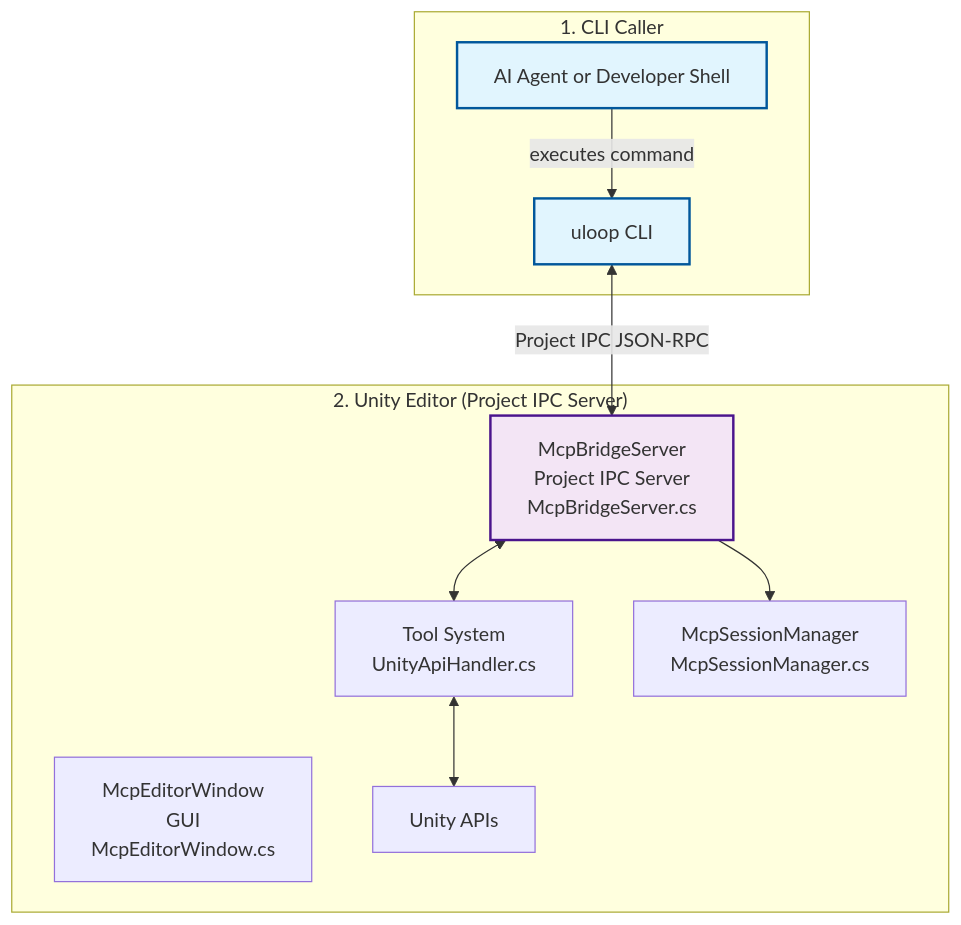
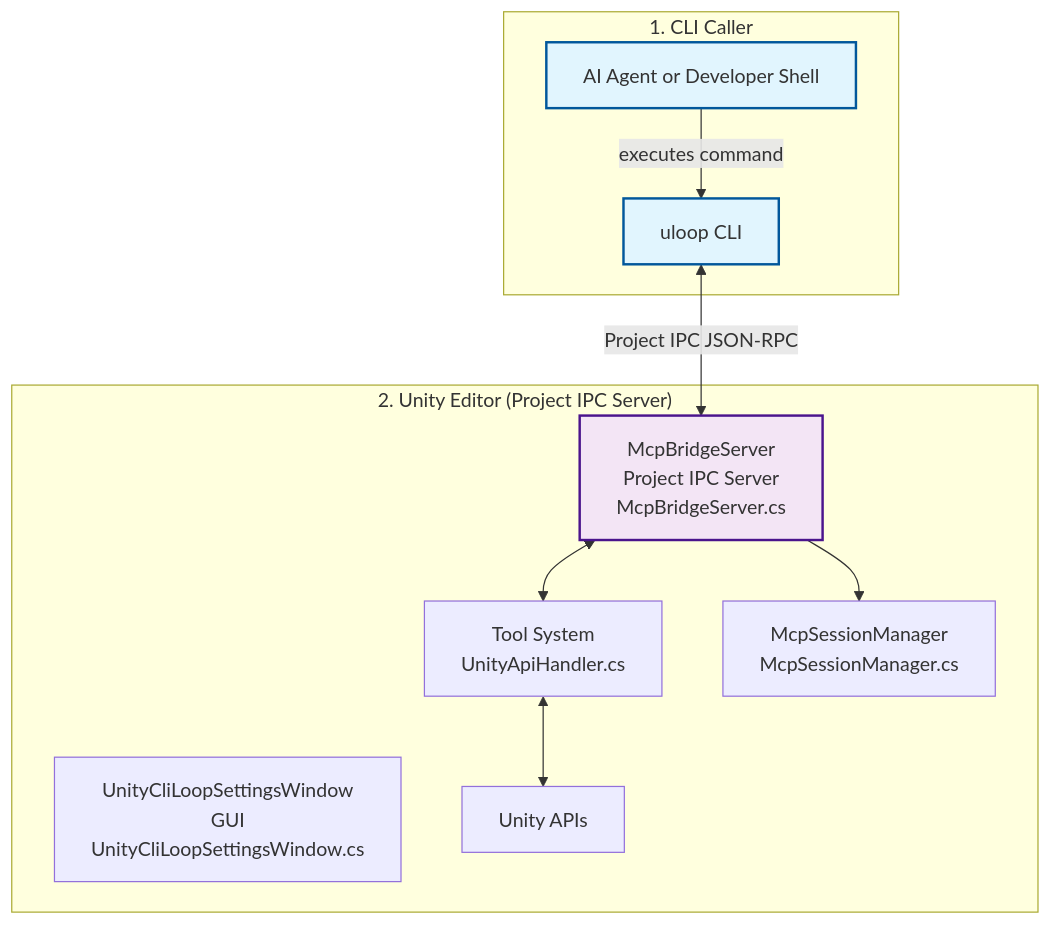
The first of 7 diagrams in Packages/docs/ARCHITECTURE_Unity.md (hatayama/uLoopMCP), drawn with Mermaid before and after one commit. The commit also changed other lines of this file and 33 other files, not shown here.

First line of the commit message:
Rename settings window away from MCP terminology

````diff
--- a/Packages/docs/ARCHITECTURE_Unity.md
+++ b/Packages/docs/ARCHITECTURE_Unity.md
@@ -9,28 +9,28 @@
 ```mermaid
 graph TB
     subgraph "1. CLI Caller"
         Agent[AI Agent or Developer Shell]
         CLI[uloop CLI]
     end
     
     subgraph "2. Unity Editor (Project IPC Server)"
         MB[McpBridgeServer<br/>Project IPC Server<br/>McpBridgeServer.cs]
         CMD[Tool System<br/>UnityApiHandler.cs]
-        UI[McpEditorWindow<br/>GUI<br/>McpEditorWindow.cs]
+        UI[UnityCliLoopSettingsWindow<br/>GUI<br/>UnityCliLoopSettingsWindow.cs]
         API[Unity APIs]
         SM[McpSessionManager<br/>McpSessionManager.cs]
     end
     
     Agent -->|executes command| CLI
     CLI <-->|Project IPC JSON-RPC| MB
     MB <--> CMD
     CMD <--> API
     MB --> SM
     
     classDef client fill:#e1f5fe,stroke:#01579b,stroke-width:2px
     classDef server fill:#f3e5f5,stroke:#4a148c,stroke-width:2px
     classDef bridge fill:#fff3e0,stroke:#e65100,stroke-width:2px
     
     class Agent,CLI client
     class MB server
 ```
````
